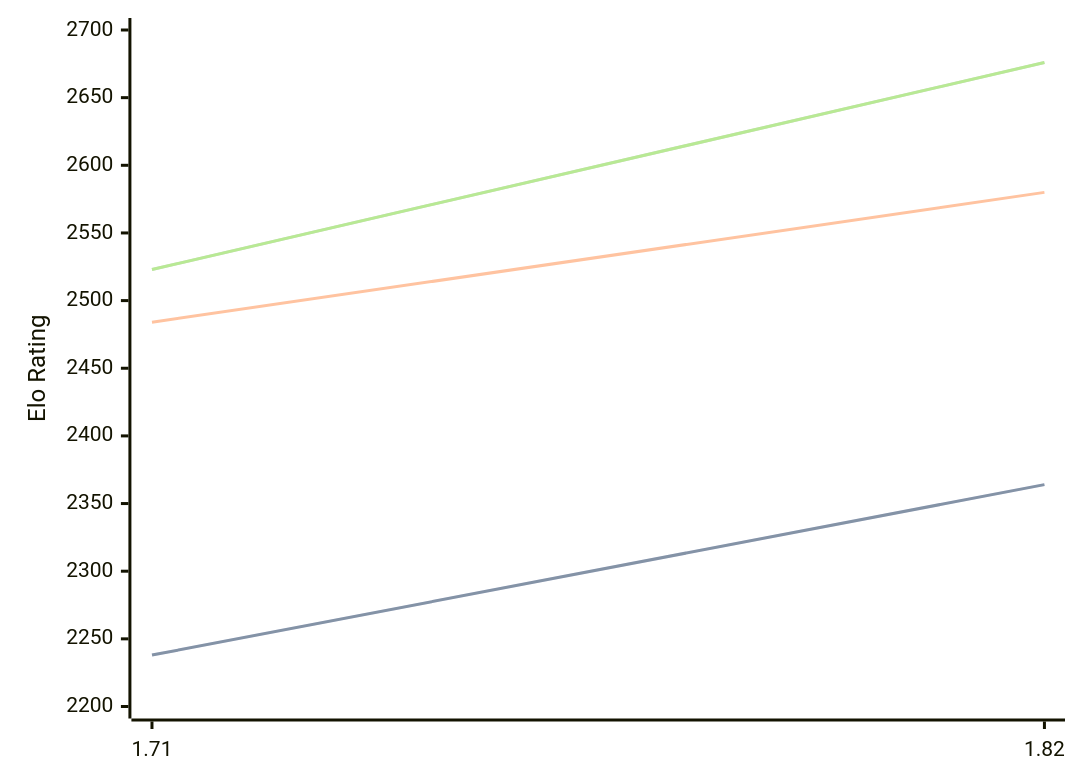
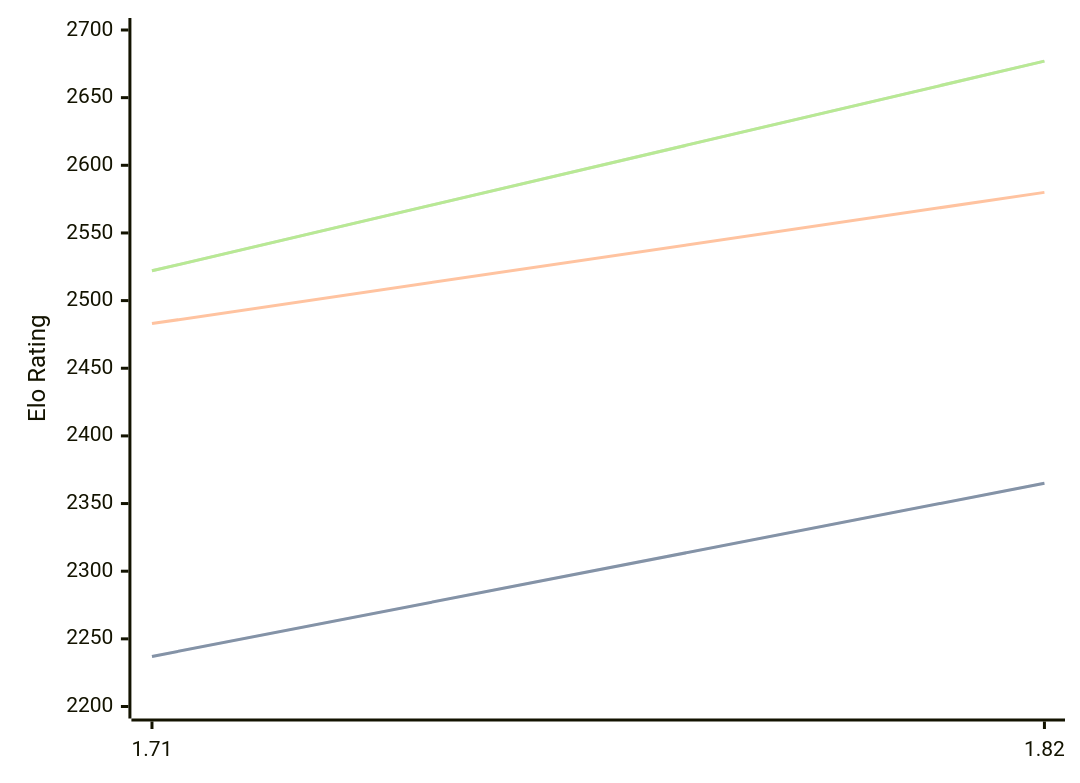
Before and after one commit to computer-chess-index/cci: the diagram in engines/Amira.md, drawn with Mermaid. The commit also changed other lines of this file, not shown here.

Commit message:
Update CCI Ratings (ELO VLTC) - 2026-03-04

````diff
--- a/engines/Amira.md
+++ b/engines/Amira.md
@@ -33,11 +33,11 @@
 ```mermaid
 %%{init: {"theme":"base","themeVariables":{"seriesColors:['#a3a3a3','#222221','#faa371']}}}%%
 xychart-beta
   x-axis ["1.71", "1.82"]
   y-axis "Elo Rating" 2200 --> 2700
-  line "STC (8.0+0.08s)" [2238, 2364]
-  line "STC (8.0+0.08s)" [2238, 2364]
-  line "LTC (60.0+0.60s)" [2484, 2580]
-  line "VLTC (2m24s+1.12s)" [2523, 2676]
-  line "VLTC (2m24s+1.12s)" [2523, 2676]
+  line "STC (8.0+0.08s)" [2237, 2365]
+  line "STC (8.0+0.08s)" [2237, 2365]
+  line "LTC (60.0+0.60s)" [2483, 2580]
+  line "VLTC (2m24s+1.12s)" [2522, 2677]
+  line "VLTC (2m24s+1.12s)" [2522, 2677]
 ```
````
